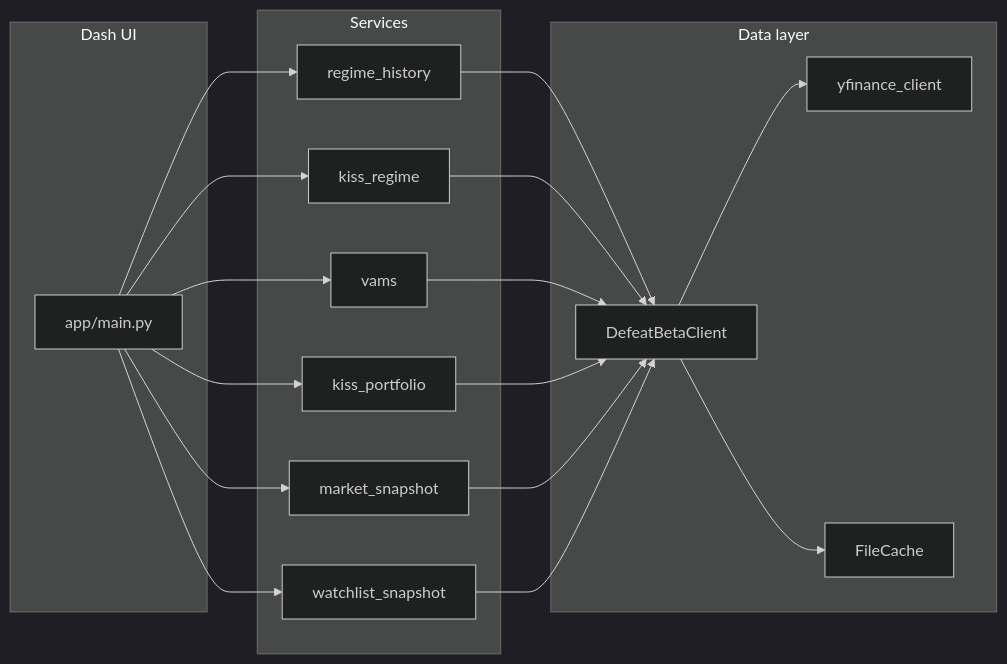
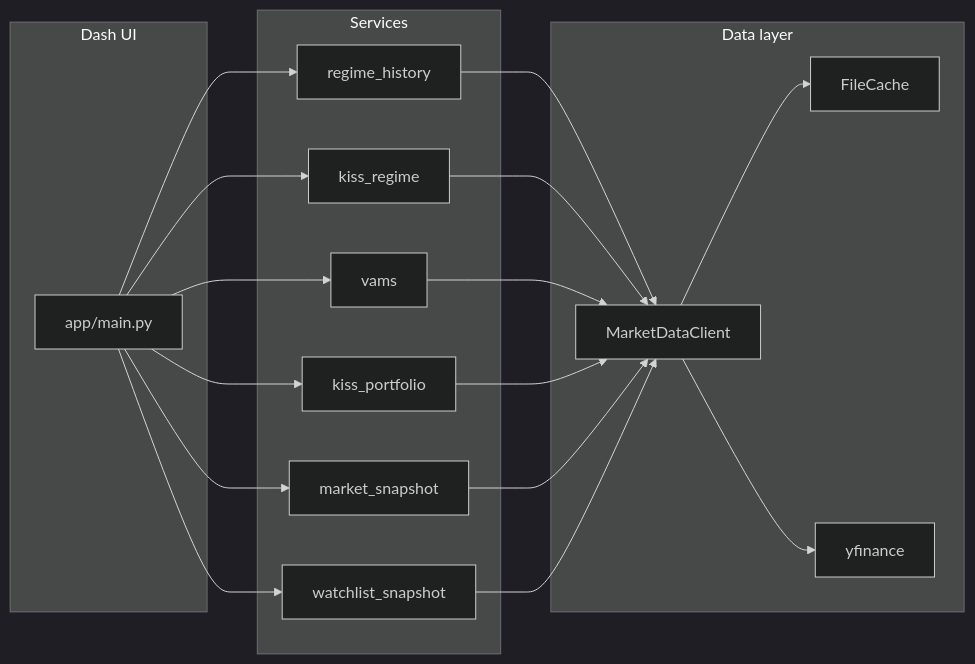
One commit to mattfaltyn/market_watch changed the diagram in docs/architecture.md. Above: the diagram before and after it, drawn with Mermaid (dark theme). The commit also changed other lines of this file and 30 other files, not shown here.

First line of the commit message:
Replace defeatbeta-api with yfinance-only MarketDataClient

````diff
--- a/docs/architecture.md
+++ b/docs/architecture.md
@@ -19,33 +19,33 @@
 ```mermaid
 flowchart LR
   subgraph ui [Dash UI]
     main[app/main.py]
   end
   subgraph services [Services]
     regime_hist[regime_history]
     kiss_reg[kiss_regime]
     vams[vams]
     portfolio[kiss_portfolio]
     mkt[market_snapshot]
     wl[watchlist_snapshot]
   end
   subgraph data [Data layer]
-    client[DefeatBetaClient]
-    yf[yfinance_client]
+    client[MarketDataClient]
     cache[FileCache]
+    yf[yfinance]
   end
   main --> regime_hist
   main --> kiss_reg
   main --> vams
   main --> portfolio
   main --> mkt
   main --> wl
   regime_hist --> client
   kiss_reg --> client
   vams --> client
   portfolio --> client
   mkt --> client
   wl --> client
+  client --> cache
   client --> yf
-  client --> cache
 ```
````
